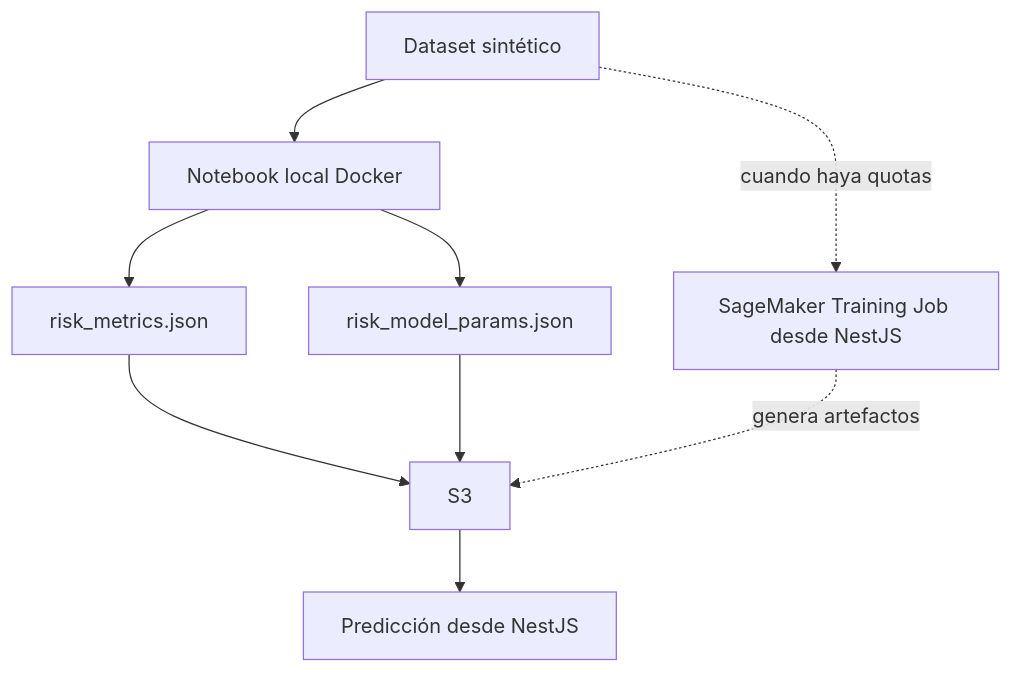
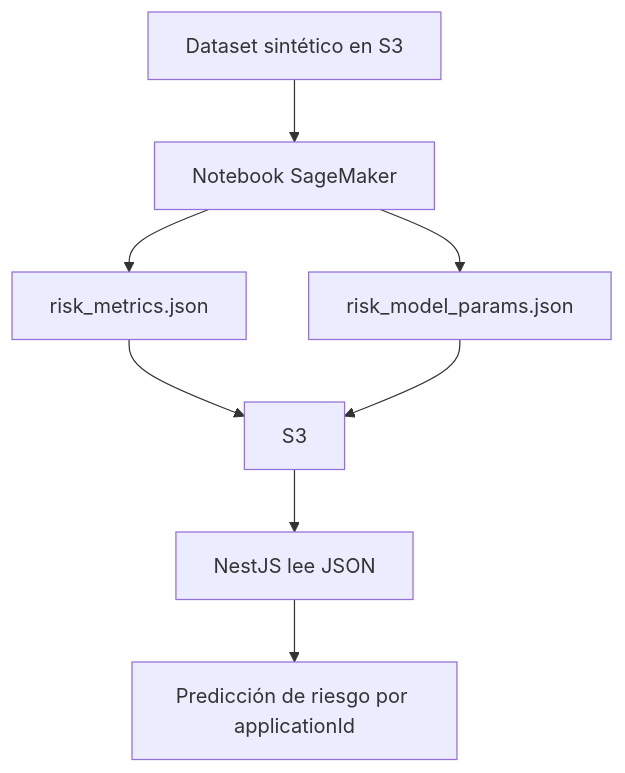
One commit to jriverarojas/curso-agentes-n8n changed the third of 3 diagrams in documentacion/modulo-1/clase-06/Clase.md. Above: the diagram before and after it, drawn with Mermaid. The commit also changed other lines of this file and 11 other files, not shown here.

````diff
--- a/documentacion/modulo-1/clase-06/Clase.md
+++ b/documentacion/modulo-1/clase-06/Clase.md
@@ -586,11 +589,10 @@
 ```mermaid
 flowchart TD
-  A["Dataset sintético"] --> B["Notebook local Docker"]
+  A["Dataset sintético en S3"] --> B["Notebook SageMaker"]
   B --> C["risk_metrics.json"]
   B --> D["risk_model_params.json"]
   C --> E["S3"]
   D --> E
-  E --> F["Predicción desde NestJS"]
-  A -. cuando haya quotas .-> G["SageMaker Training Job desde NestJS"]
-  G -. genera artefactos .-> E
+  E --> F["NestJS lee JSON"]
+  F --> G["Predicción de riesgo por applicationId"]
 ```
````
